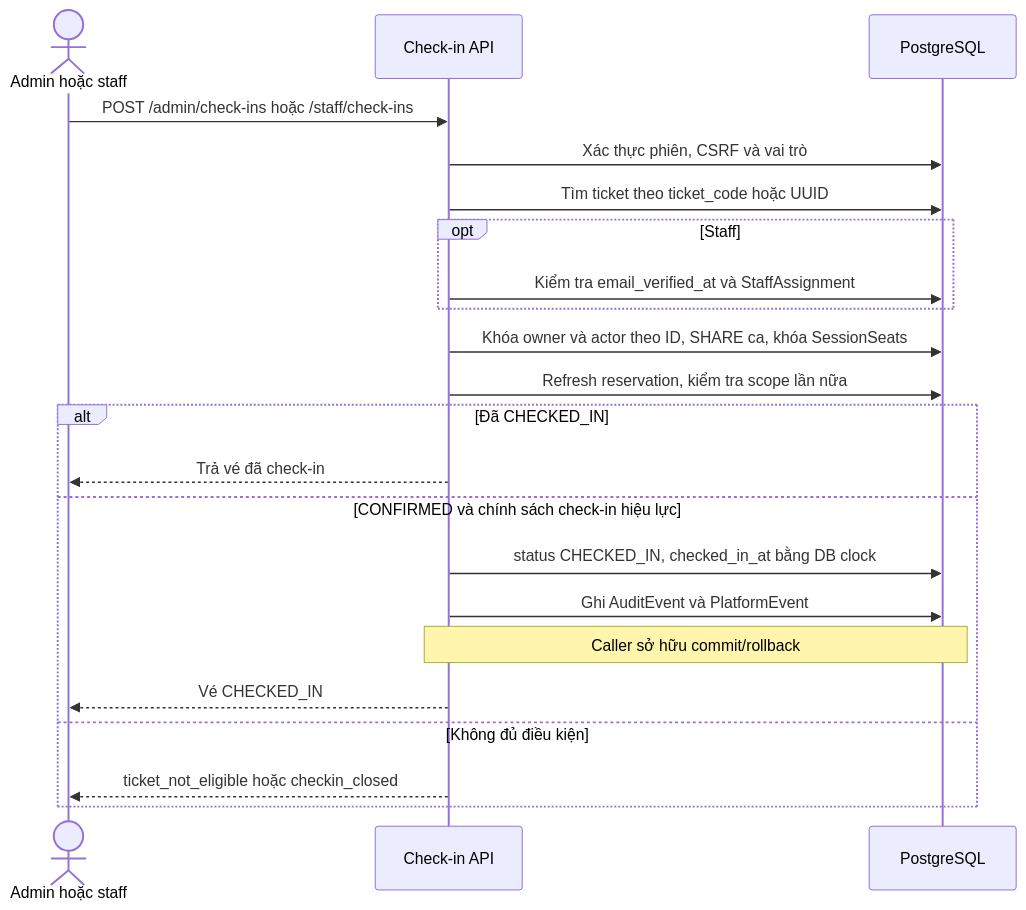
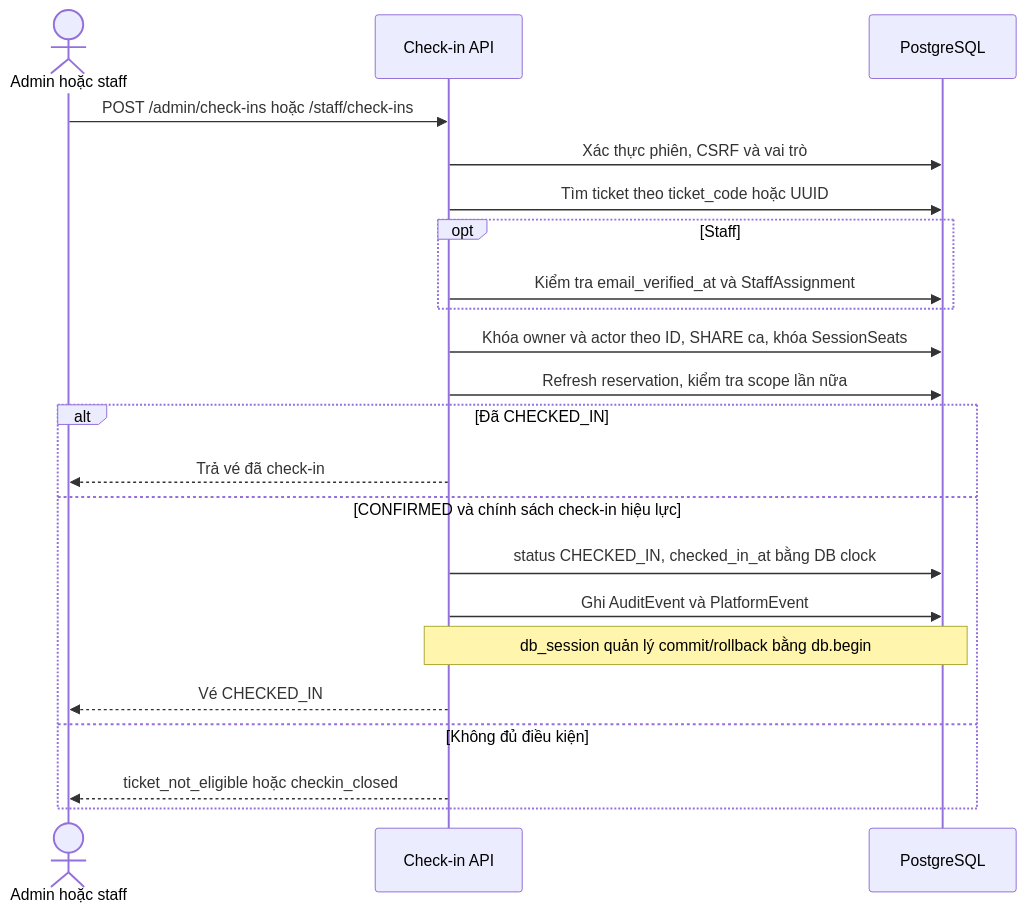
The diagram in docs/assessment/architecture/a3/diagrams/sequence-04-checkin.mmd (tuanngthuet/CloudCompuAssignment), drawn with Mermaid before and after one commit. The commit also changed 33 other files, not shown here.

Commit message:
docs(A3): update diagrams and verify HTTP transactions and worker ack

```diff
--- a/docs/assessment/architecture/a3/diagrams/sequence-04-checkin.mmd
+++ b/docs/assessment/architecture/a3/diagrams/sequence-04-checkin.mmd
@@ -1,22 +1,22 @@
 sequenceDiagram
     actor O as Admin hoặc staff
     participant A as Check-in API
     participant P as PostgreSQL
     O->>A: POST /admin/check-ins hoặc /staff/check-ins
     A->>P: Xác thực phiên, CSRF và vai trò
     A->>P: Tìm ticket theo ticket_code hoặc UUID
     opt Staff
         A->>P: Kiểm tra email_verified_at và StaffAssignment
     end
     A->>P: Khóa owner và actor theo ID, SHARE ca, khóa SessionSeats
     A->>P: Refresh reservation, kiểm tra scope lần nữa
     alt Đã CHECKED_IN
         A-->>O: Trả vé đã check-in
     else CONFIRMED và chính sách check-in hiệu lực
         A->>P: status CHECKED_IN, checked_in_at bằng DB clock
         A->>P: Ghi AuditEvent và PlatformEvent
-        Note over A,P: Caller sở hữu commit/rollback
+        Note over A,P: db_session quản lý commit/rollback bằng db.begin
         A-->>O: Vé CHECKED_IN
     else Không đủ điều kiện
         A-->>O: ticket_not_eligible hoặc checkin_closed
     end
```
